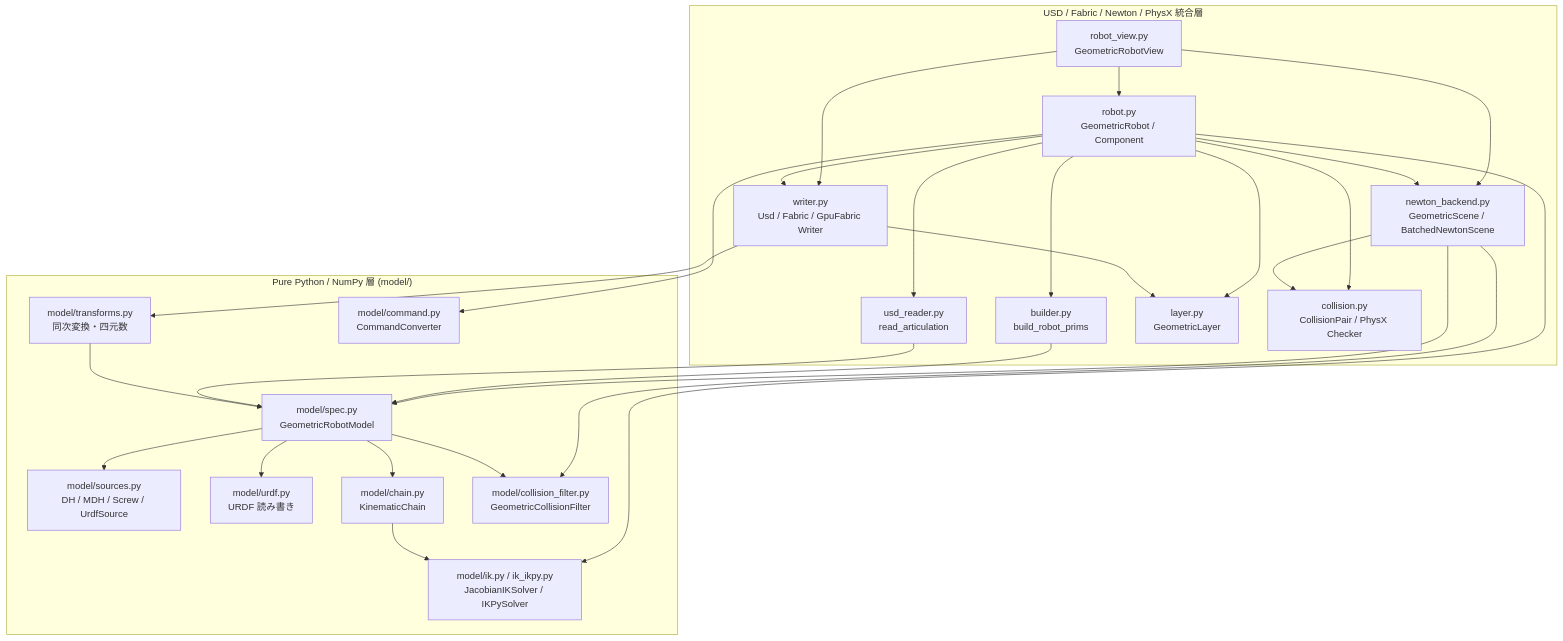
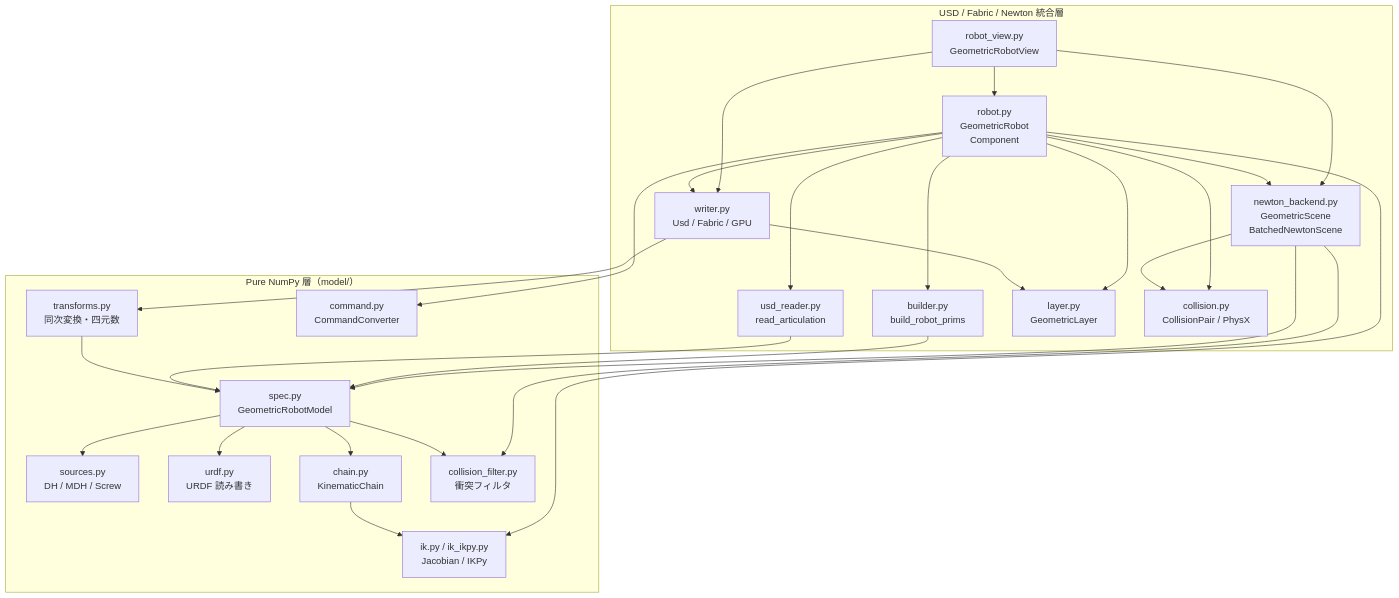
The first of 2 diagrams in Extentions/myext.robot.geometric_newton/docs/explanation_architecture.md (Koji-Morimoto/LearnSim), drawn with Mermaid before and after one commit. The commit also changed other lines of this file and 20 other files, not shown here.

Commit message:
myext.robot.geometric_newton: fix multi_arm usd_reader, add collider sublayer ON/OFF, multi-pose ignore_touching_pairs, 1-pass demo, 6 self-contained demos, and Mermaid fixes

````diff
--- a/Extentions/myext.robot.geometric_newton/docs/explanation_architecture.md
+++ b/Extentions/myext.robot.geometric_newton/docs/explanation_architecture.md
@@ -14,48 +14,48 @@
 ```mermaid
 flowchart TD
-    subgraph PureLayer["Pure Python / NumPy 層 (model/)"]
-        transforms["model/transforms.py\n同次変換・四元数"]
-        spec["model/spec.py\nGeometricRobotModel"]
-        sources["model/sources.py\nDH / MDH / Screw / UrdfSource"]
-        urdf["model/urdf.py\nURDF 読み書き"]
-        chain["model/chain.py\nKinematicChain"]
-        ik["model/ik.py / ik_ikpy.py\nJacobianIKSolver / IKPySolver"]
-        cfilter["model/collision_filter.py\nGeometricCollisionFilter"]
-        command["model/command.py\nCommandConverter"]
+    subgraph PureLayer["Pure NumPy 層（model/）　"]
+        transforms["transforms.py<br/>同次変換・四元数　"]
+        spec["spec.py<br/>GeometricRobotModel"]
+        sources["sources.py<br/>DH / MDH / Screw"]
+        urdf["urdf.py<br/>URDF 読み書き　"]
+        chain["chain.py<br/>KinematicChain"]
+        ik["ik.py / ik_ikpy.py<br/>Jacobian / IKPy"]
+        cfilter["collision_filter.py<br/>衝突フィルタ　"]
+        command["command.py<br/>CommandConverter"]
         transforms --> spec
         spec --> sources
         spec --> urdf
         spec --> chain
         chain --> ik
         spec --> cfilter
     end
 
-    subgraph IntegrationLayer["USD / Fabric / Newton / PhysX 統合層"]
-        usd_reader["usd_reader.py\nread_articulation"]
-        builder["builder.py\nbuild_robot_prims"]
-        layer["layer.py\nGeometricLayer"]
-        writer["writer.py\nUsd / Fabric / GpuFabric Writer"]
-        collision["collision.py\nCollisionPair / PhysX Checker"]
-        newton_be["newton_backend.py\nGeometricScene / BatchedNewtonScene"]
-        robot["robot.py\nGeometricRobot / Component"]
-        robot_view["robot_view.py\nGeometricRobotView"]
+    subgraph IntegrationLayer["USD / Fabric / Newton 統合層　"]
+        usd_reader["usd_reader.py<br/>read_articulation"]
+        builder["builder.py<br/>build_robot_prims"]
+        layer["layer.py<br/>GeometricLayer"]
+        writer["writer.py<br/>Usd / Fabric / GPU"]
+        collision["collision.py<br/>CollisionPair / PhysX"]
+        newton_be["newton_backend.py<br/>GeometricScene<br/>BatchedNewtonScene"]
+        robot["robot.py<br/>GeometricRobot<br/>Component"]
+        robot_view["robot_view.py<br/>GeometricRobotView"]
         usd_reader --> spec
         builder --> spec
         writer --> layer
         writer --> transforms
         newton_be --> spec
         newton_be --> collision
         newton_be --> cfilter
         robot --> usd_reader
         robot --> builder
         robot --> layer
         robot --> writer
         robot --> collision
         robot --> newton_be
         robot --> ik
         robot --> command
         robot_view --> robot
         robot_view --> newton_be
         robot_view --> writer
     end
 ```
````
